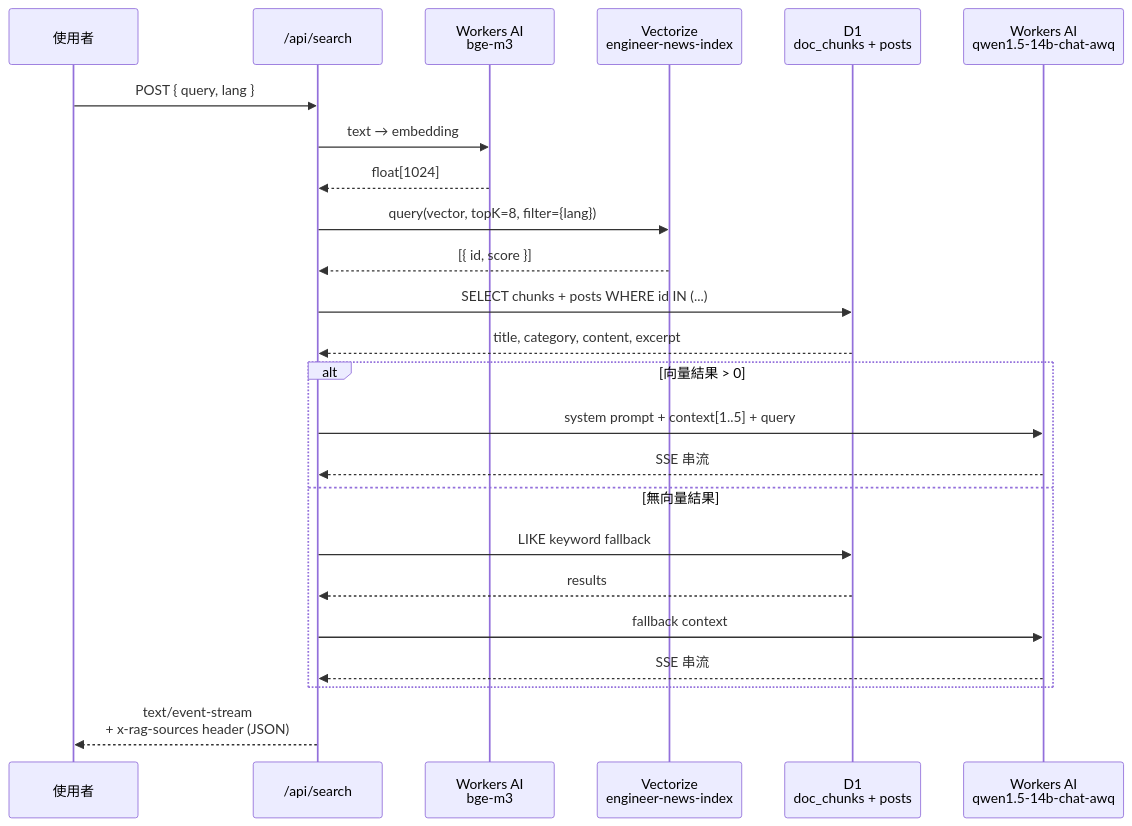
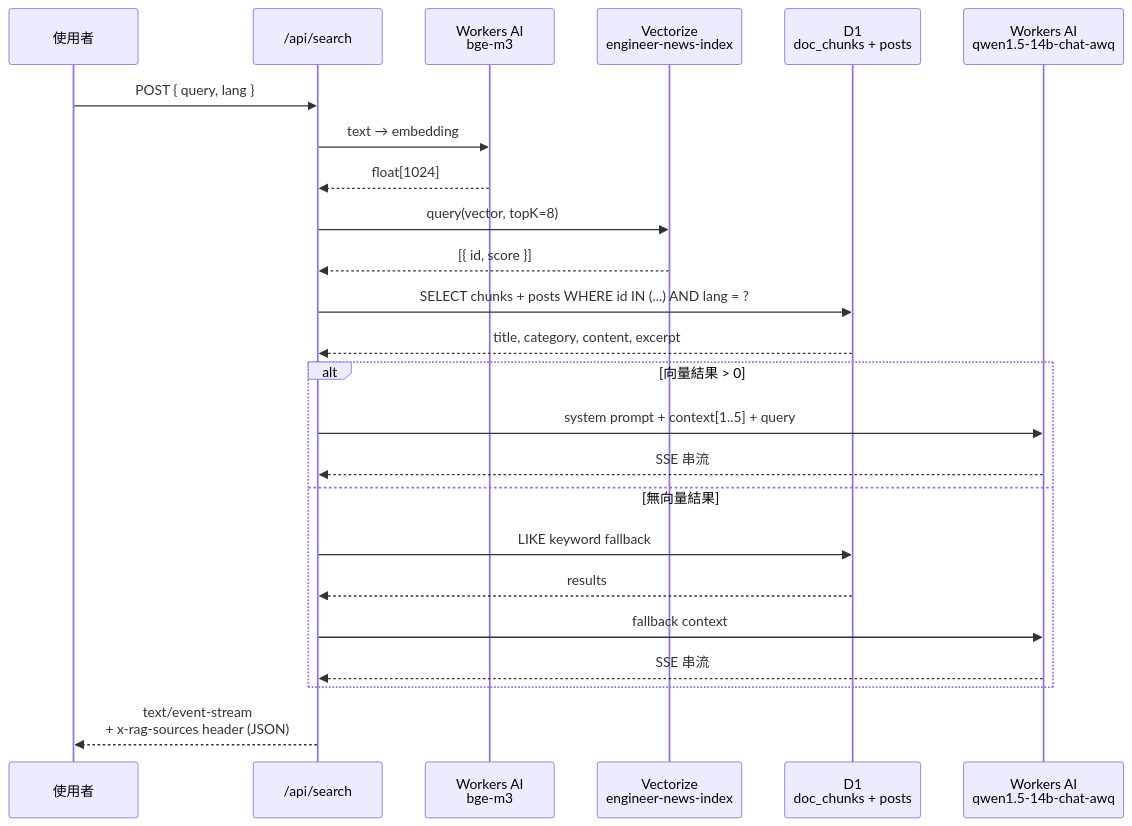
Before and after one commit to a920604a/engineernews: the diagram in docs/pipelines/ai-search.md, drawn with Mermaid. The commit also changed other lines of this file and 1 other file, not shown here.

````diff
--- a/docs/pipelines/ai-search.md
+++ b/docs/pipelines/ai-search.md
@@ -9,31 +9,31 @@
 ```mermaid
 sequenceDiagram
   participant User as 使用者
   participant API as /api/search
   participant BGE as Workers AI<br/>bge-m3
   participant Vec as Vectorize<br/>engineer-news-index
   participant DB as D1<br/>doc_chunks + posts
   participant Qwen as Workers AI<br/>qwen1.5-14b-chat-awq
 
   User->>API: POST { query, lang }
   API->>BGE: text → embedding
   BGE-->>API: float[1024]
 
-  API->>Vec: query(vector, topK=8, filter={lang})
+  API->>Vec: query(vector, topK=8)
   Vec-->>API: [{ id, score }]
 
-  API->>DB: SELECT chunks + posts WHERE id IN (...)
+  API->>DB: SELECT chunks + posts WHERE id IN (...) AND lang = ?
   DB-->>API: title, category, content, excerpt
 
   alt 向量結果 > 0
     API->>Qwen: system prompt + context[1..5] + query
     Qwen-->>API: SSE 串流
   else 無向量結果
     API->>DB: LIKE keyword fallback
     DB-->>API: results
     API->>Qwen: fallback context
     Qwen-->>API: SSE 串流
   end
 
   API-->>User: text/event-stream<br/>+ x-rag-sources header (JSON)
 ```
````
